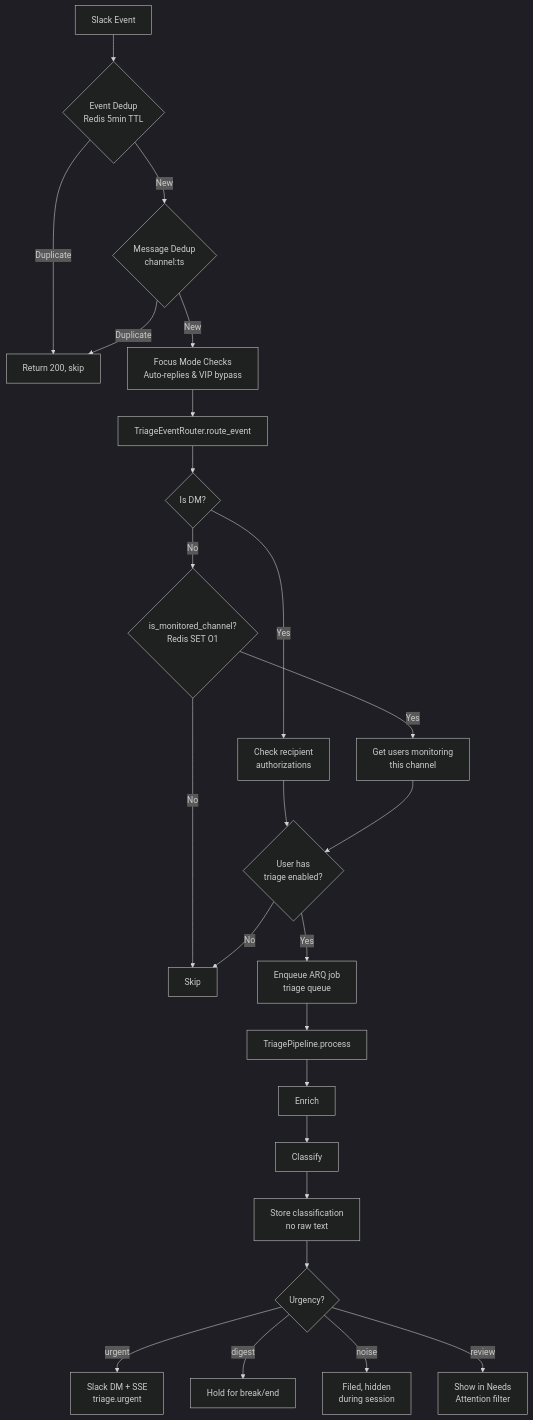
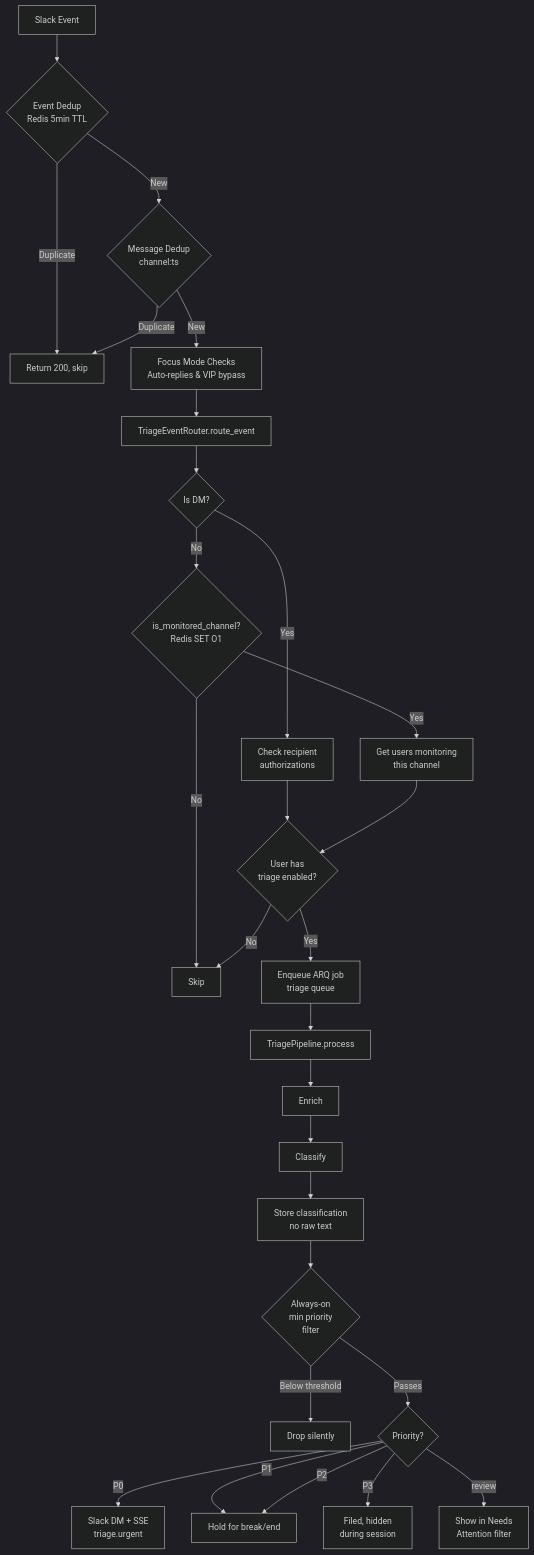
One commit to tekkno89/alfred-pa changed the first of 4 diagrams in .claude/diagrams/triage-flow.md. Above: the diagram before and after it, drawn with Mermaid (dark theme). The commit also changed other lines of this file and 10 other files, not shown here.

First line of the commit message:
docs: Add missing diagrams and update docs for todos, notes, youtube, calendar, and triage

````diff
--- a/.claude/diagrams/triage-flow.md
+++ b/.claude/diagrams/triage-flow.md
@@ -9,27 +9,30 @@
 ```mermaid
 flowchart TD
     SE[Slack Event] --> ED{Event Dedup<br/>Redis 5min TTL}
     ED -->|Duplicate| SKIP[Return 200, skip]
     ED -->|New| MD{Message Dedup<br/>channel:ts}
     MD -->|Duplicate| SKIP
     MD -->|New| FM[Focus Mode Checks<br/>Auto-replies & VIP bypass]
     FM --> TR[TriageEventRouter.route_event]
     TR --> DM{Is DM?}
     DM -->|Yes| AUTH[Check recipient<br/>authorizations]
     DM -->|No| MON{is_monitored_channel?<br/>Redis SET O1}
     AUTH --> TRIAGE_EN{User has<br/>triage enabled?}
     MON -->|No| DONE[Skip]
     MON -->|Yes| USERS[Get users monitoring<br/>this channel]
     USERS --> TRIAGE_EN
     TRIAGE_EN -->|No| DONE
     TRIAGE_EN -->|Yes| JOB[Enqueue ARQ job<br/>triage queue]
     JOB --> PIPE[TriagePipeline.process]
     PIPE --> ENR[Enrich]
     ENR --> CLS[Classify]
     CLS --> STORE[Store classification<br/>no raw text]
-    STORE --> URG{Urgency?}
-    URG -->|urgent| NOTIFY[Slack DM + SSE<br/>triage.urgent]
-    URG -->|digest| HOLD[Hold for break/end]
-    URG -->|noise| FILED[Filed, hidden<br/>during session]
-    URG -->|review| SHOW[Show in Needs<br/>Attention filter]
+    STORE --> FILT{Always-on<br/>min priority<br/>filter}
+    FILT -->|Below threshold| DROP[Drop silently]
+    FILT -->|Passes| PRI{Priority?}
+    PRI -->|P0| NOTIFY[Slack DM + SSE<br/>triage.urgent]
+    PRI -->|P1| HOLD[Hold for break/end]
+    PRI -->|P2| HOLD
+    PRI -->|P3| FILED[Filed, hidden<br/>during session]
+    PRI -->|review| SHOW[Show in Needs<br/>Attention filter]
 ```
````
